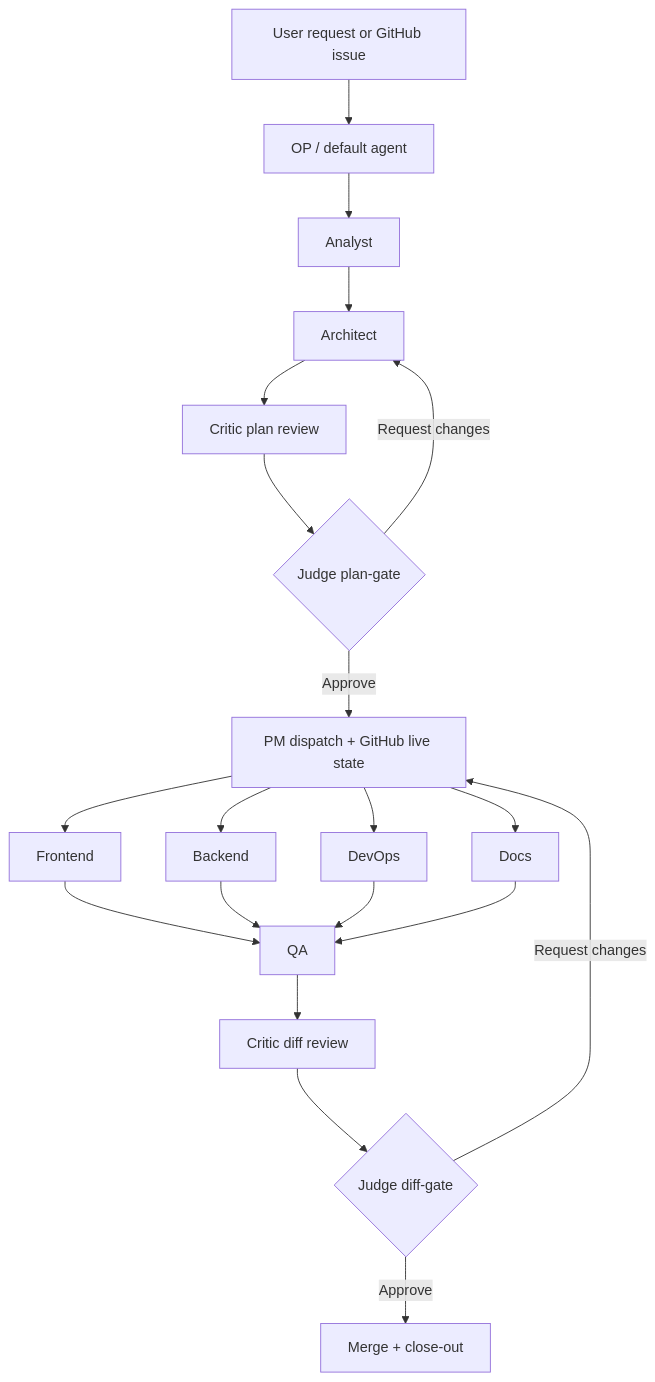
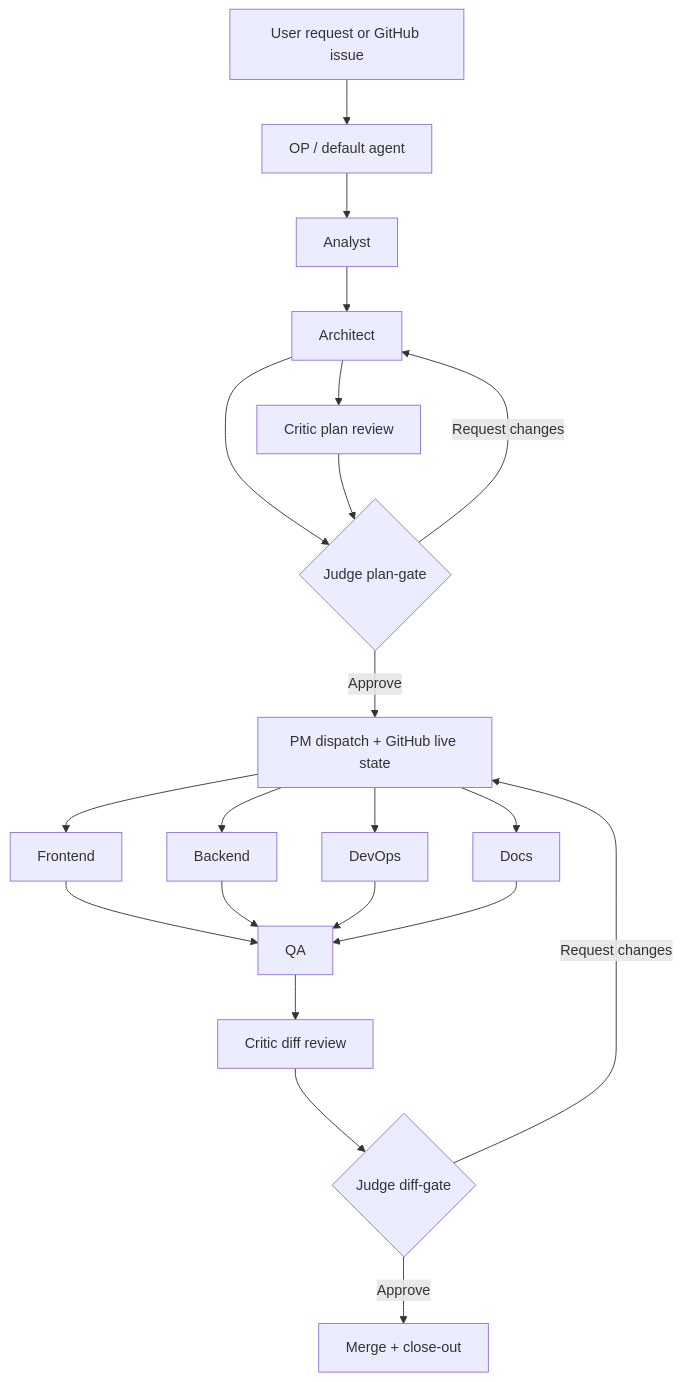
Before and after one commit to mikejmckinney/ai-repo-template: the diagram in .context/vision/architecture/multi-agent-flow.md, drawn with Mermaid.

Commit message:
docs(#329): align plan-gate diagram order

````diff
--- a/.context/vision/architecture/multi-agent-flow.md
+++ b/.context/vision/architecture/multi-agent-flow.md
@@ -6,25 +6,26 @@
 ```mermaid
 flowchart TD
     Request[User request or GitHub issue] --> OP[OP / default agent]
     OP --> Analyst[Analyst]
     Analyst --> Architect[Architect]
+    Architect --> JudgePlan{Judge plan-gate}
     Architect --> CriticPlan[Critic plan review]
     CriticPlan --> JudgePlan{Judge plan-gate}
     JudgePlan -->|Approve| PM[PM dispatch + GitHub live state]
     JudgePlan -->|Request changes| Architect
 
     PM --> Frontend[Frontend]
     PM --> Backend[Backend]
     PM --> DevOps[DevOps]
     PM --> Docs[Docs]
 
     Frontend --> QA[QA]
     Backend --> QA
     DevOps --> QA
     Docs --> QA
 
     QA --> CriticDiff[Critic diff review]
     CriticDiff --> JudgeDiff{Judge diff-gate}
     JudgeDiff -->|Approve| Merge[Merge + close-out]
     JudgeDiff -->|Request changes| PM
 ```
````
